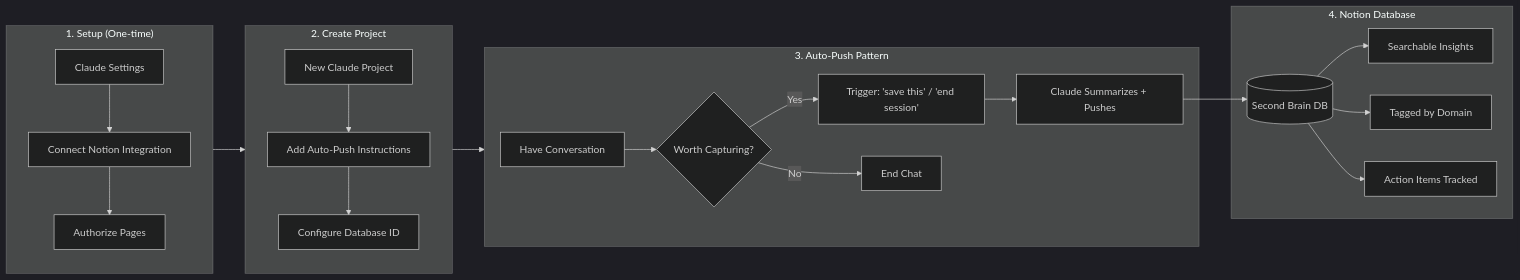
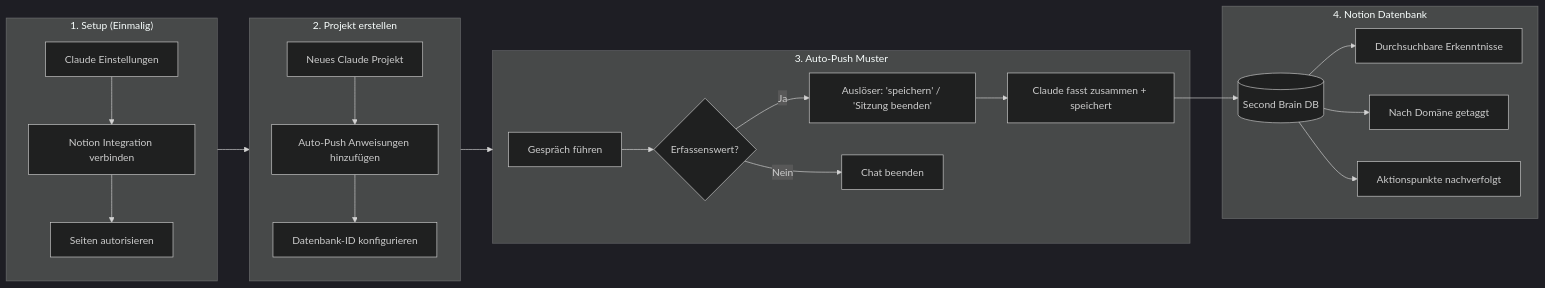
Before and after one commit to thwinter-ch/ai-lectures: the diagram in 2026_02_07_AIF/segments/07-second-brain-exercise/README.md, drawn with Mermaid (dark theme). The commit also changed other lines of this file and 9 other files, not shown here.

````diff
--- a/2026_02_07_AIF/segments/07-second-brain-exercise/README.md
+++ b/2026_02_07_AIF/segments/07-second-brain-exercise/README.md
@@ -21,28 +21,28 @@
 ```mermaid
 flowchart LR
-    subgraph Setup ["1. Setup (One-time)"]
-        A[Claude Settings] --> B[Connect Notion Integration]
-        B --> C[Authorize Pages]
+    subgraph Setup ["1. Setup (Einmalig)"]
+        A[Claude Einstellungen] --> B[Notion Integration verbinden]
+        B --> C[Seiten autorisieren]
     end
 
-    subgraph Project ["2. Create Project"]
-        D[New Claude Project] --> E[Add Auto-Push Instructions]
-        E --> F[Configure Database ID]
+    subgraph Project ["2. Projekt erstellen"]
+        D[Neues Claude Projekt] --> E[Auto-Push Anweisungen hinzufügen]
+        E --> F[Datenbank-ID konfigurieren]
     end
 
-    subgraph Usage ["3. Auto-Push Pattern"]
-        G[Have Conversation] --> H{Worth Capturing?}
-        H -->|Yes| I["Trigger: 'save this' / 'end session'"]
-        H -->|No| J[End Chat]
-        I --> K[Claude Summarizes + Pushes]
+    subgraph Usage ["3. Auto-Push Muster"]
+        G[Gespräch führen] --> H{Erfassenswert?}
+        H -->|Ja| I["Auslöser: 'speichern' / 'Sitzung beenden'"]
+        H -->|Nein| J[Chat beenden]
+        I --> K[Claude fasst zusammen + speichert]
     end
 
-    subgraph Notion ["4. Notion Database"]
+    subgraph Notion ["4. Notion Datenbank"]
         K --> L[(Second Brain DB)]
-        L --> M[Searchable Insights]
-        L --> N[Tagged by Domain]
-        L --> O[Action Items Tracked]
+        L --> M[Durchsuchbare Erkenntnisse]
+        L --> N[Nach Domäne getaggt]
+        L --> O[Aktionspunkte nachverfolgt]
     end
 
     Setup --> Project --> Usage
 ```
````
